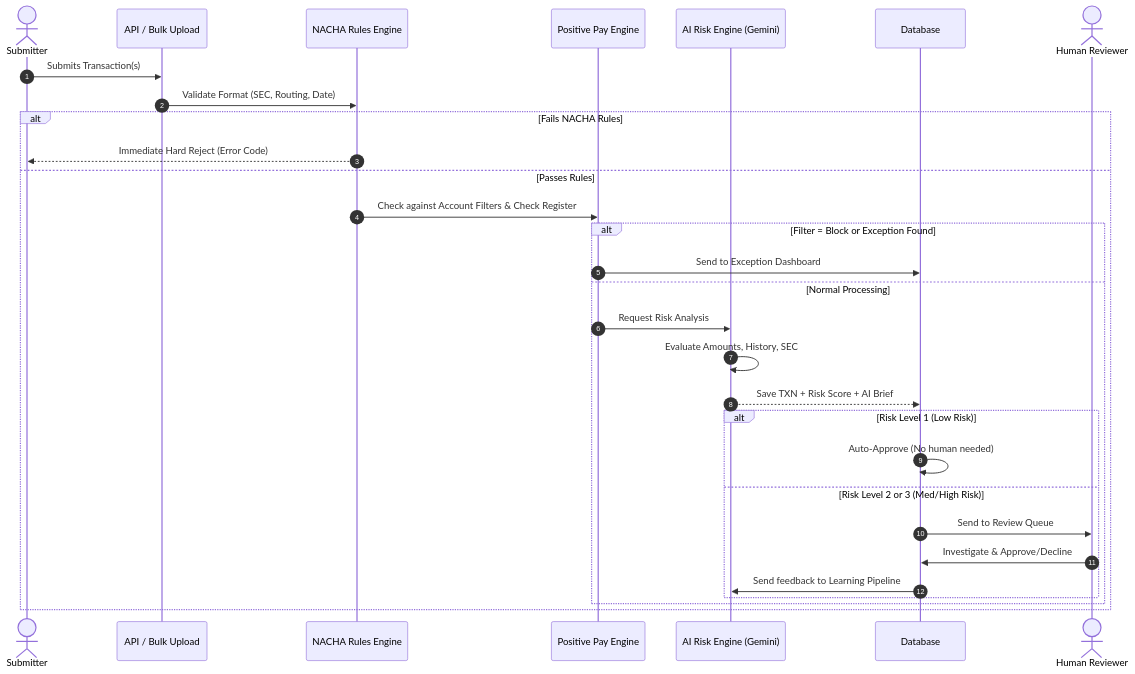
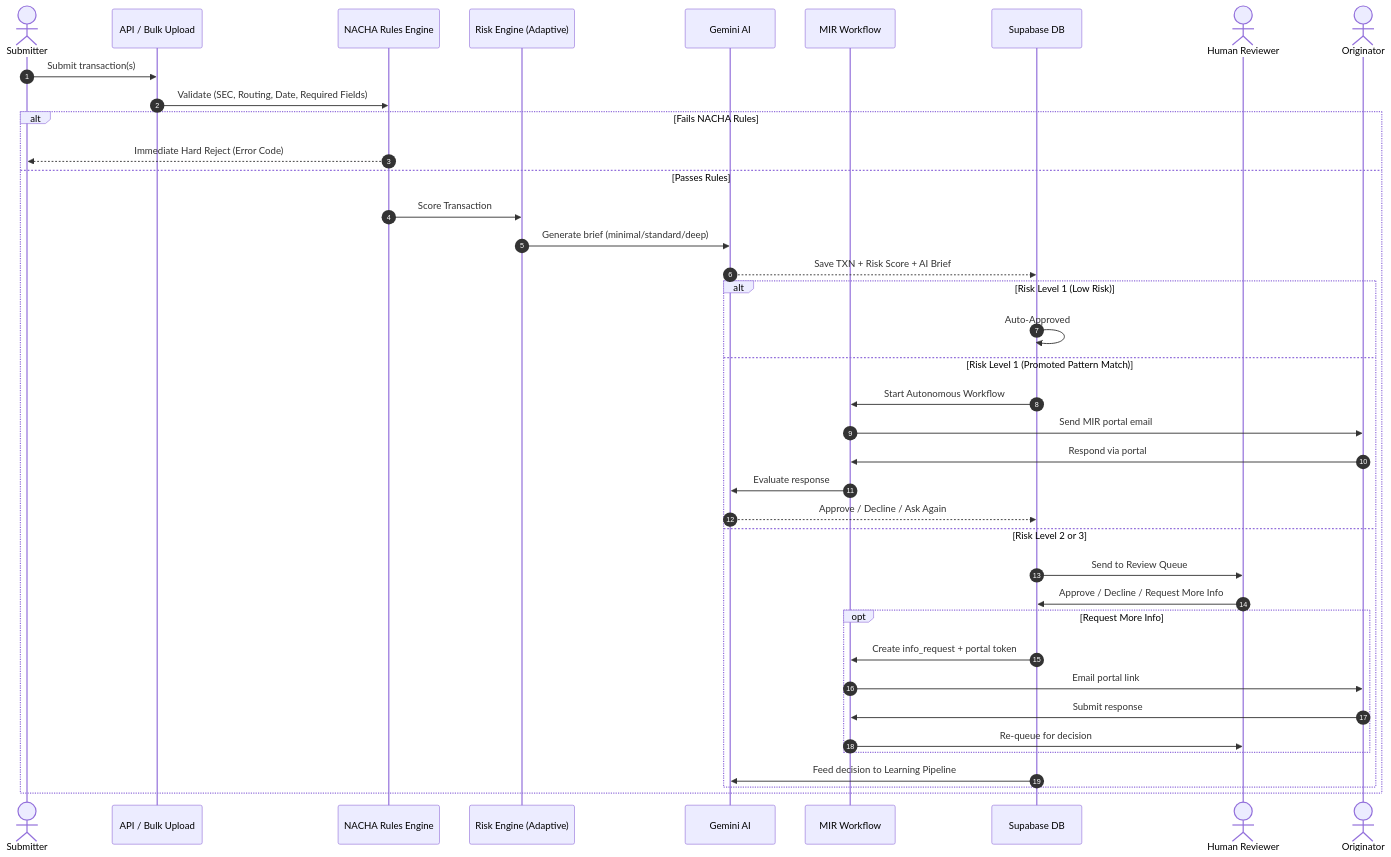
One commit to Kashyap234/ACH-project changed the second of 2 diagrams in README.md. Above: the diagram before and after it, drawn with Mermaid. The commit also changed other lines of this file, not shown here.

Commit message:
docs: update README to reflect v4.0 architecture, MIR workflow, and updated technology stack

````diff
--- a/README.md
+++ b/README.md
@@ -229,36 +377,44 @@
 ```mermaid
 sequenceDiagram
     autonumber
     actor User as Submitter
     participant Intake as API / Bulk Upload
     participant Rule as NACHA Rules Engine
-    participant PosPay as Positive Pay Engine
-    participant AI as AI Risk Engine (Gemini)
-    participant DB as Database
+    participant Risk as Risk Engine (Adaptive)
+    participant AI as Gemini AI
+    participant MIR as MIR Workflow
+    participant DB as Supabase DB
     actor Reviewer as Human Reviewer
-    
-    User->>Intake: Submits Transaction(s)
-    Intake->>Rule: Validate Format (SEC, Routing, Date)
-    
+    actor Originator as Originator
+
+    User->>Intake: Submit transaction(s)
+    Intake->>Rule: Validate (SEC, Routing, Date, Required Fields)
+
     alt Fails NACHA Rules
         Rule-->>User: Immediate Hard Reject (Error Code)
     else Passes Rules
-        Rule->>PosPay: Check against Account Filters & Check Register
-        
-        alt Filter = Block or Exception Found
-            PosPay->>DB: Send to Exception Dashboard
-        else Normal Processing
-            PosPay->>AI: Request Risk Analysis
-            AI->>AI: Evaluate Amounts, History, SEC
-            AI-->>DB: Save TXN + Risk Score + AI Brief
-            
-            alt Risk Level 1 (Low Risk)
-                DB->>DB: Auto-Approve (No human needed)
-            else Risk Level 2 or 3 (Med/High Risk)
-                DB->>Reviewer: Send to Review Queue
-                Reviewer->>DB: Investigate & Approve/Decline
-                DB->>AI: Send feedback to Learning Pipeline
+        Rule->>Risk: Score Transaction
+        Risk->>AI: Generate brief (minimal/standard/deep)
+        AI-->>DB: Save TXN + Risk Score + AI Brief
+
+        alt Risk Level 1 (Low Risk)
+            DB->>DB: Auto-Approved
+        else Risk Level 1 (Promoted Pattern Match)
+            DB->>MIR: Start Autonomous Workflow
+            MIR->>Originator: Send MIR portal email
+            Originator->>MIR: Respond via portal
+            MIR->>AI: Evaluate response
+            AI-->>DB: Approve / Decline / Ask Again
+        else Risk Level 2 or 3
+            DB->>Reviewer: Send to Review Queue
+            Reviewer->>DB: Approve / Decline / Request More Info
+            opt Request More Info
+                DB->>MIR: Create info_request + portal token
+                MIR->>Originator: Email portal link
+                Originator->>MIR: Submit response
+                MIR->>Reviewer: Re-queue for decision
             end
+            DB->>AI: Feed decision to Learning Pipeline
         end
     end
 ```
````
